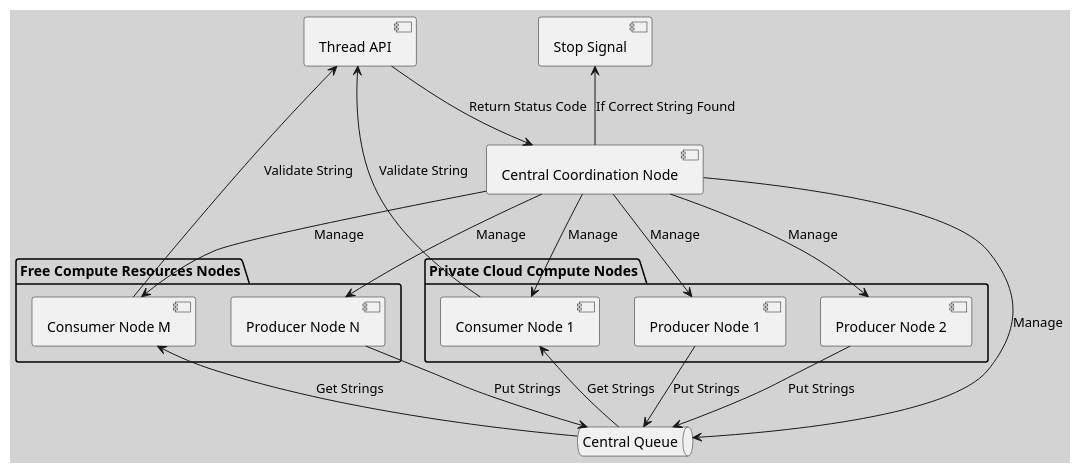
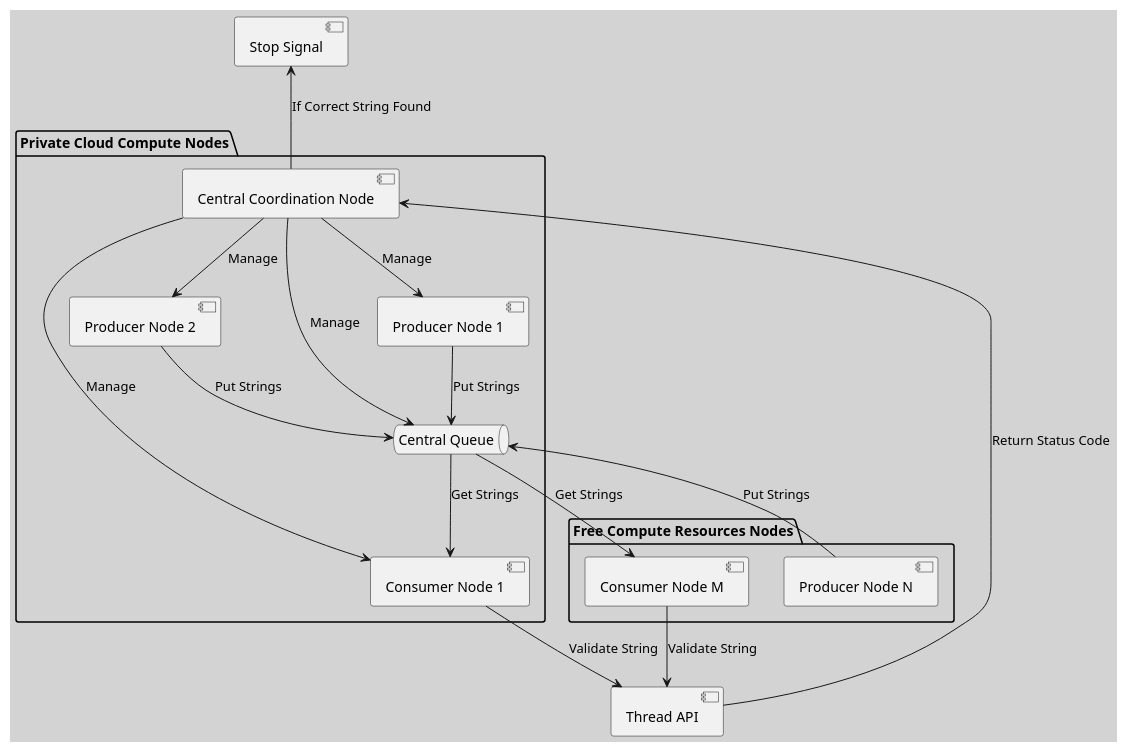
Before and after one commit to huangyingw/system_design: the diagram in interview_questions/distributed_string_guesser_architecture.puml, drawn with PlantUML.

```diff
--- a/interview_questions/distributed_string_guesser_architecture.puml
+++ b/interview_questions/distributed_string_guesser_architecture.puml
@@ -1,41 +1,38 @@
 @startuml
 skinparam backgroundColor #D3D3D3
 
 package "Private Cloud Compute Nodes" {
+    [Central Coordination Node] as Coordinator
     [Producer Node 1] as PrivateProducer1
     [Producer Node 2] as PrivateProducer2
     [Consumer Node 1] as PrivateConsumer1
+    queue "Central Queue" as Queue
 }
 
 package "Free Compute Resources Nodes" {
     [Producer Node N] as FreeProducerN
     [Consumer Node M] as FreeConsumerM
 }
     
-queue "Central Queue" as Queue
-    
-[Central Coordination Node] as Coordinator
 [Thread API] as API
 
 Coordinator --> PrivateProducer1 : Manage
 Coordinator --> PrivateProducer2 : Manage
 Coordinator --> PrivateConsumer1 : Manage
-Coordinator --> FreeProducerN : Manage
-Coordinator --> FreeConsumerM : Manage
 Coordinator --> Queue : Manage
     
 PrivateProducer1 --> Queue : Put Strings
 PrivateProducer2 --> Queue : Put Strings
 FreeProducerN --> Queue : Put Strings
 
 Queue --> PrivateConsumer1 : Get Strings
 Queue --> FreeConsumerM : Get Strings
 
 PrivateConsumer1 --> API : Validate String
 FreeConsumerM --> API : Validate String
 
 API --> Coordinator : Return Status Code
 
 Coordinator -up-> [Stop Signal] : If Correct String Found
 
 @enduml
```
